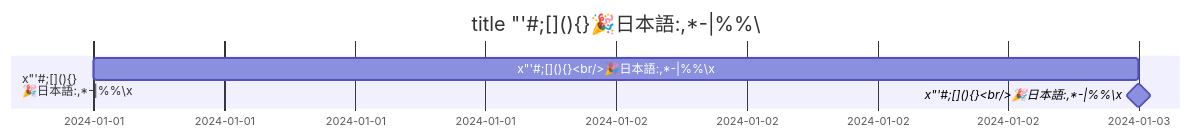
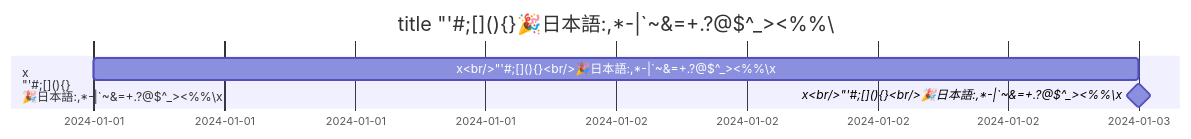
One commit to nao1215/markdown changed the diagram in doc/edgecase/gantt.md. Above: the diagram before and after it, drawn with Mermaid. The commit also changed 82 other files, not shown here.

Commit message:
fix(mermaid): escape the labels the extended probe set found unreadable (#187)

````diff
--- a/doc/edgecase/gantt.md
+++ b/doc/edgecase/gantt.md
@@ -5,8 +5,8 @@
 ```mermaid
 gantt
-    title title "'#;[](){}🎉日本語:,*-|%%\
+    title title "'#;[](){}🎉日本語:,*-|`~&=+.?@$^_>#60;%%\
     dateFormat YYYY-MM-DD
-    section x"'#;[](){}<br/>🎉日本語:,*-|%%\x
-    x"'#;[](){}<br/>🎉日本語#58;,*-|%%\x :2024-01-01, 2d
-    x"'#;[](){}<br/>🎉日本語#58;,*-|%%\x :milestone, milestone, 2024-01-03, 0d
+    section x<br/>"'#;[](){}<br/>🎉日本語:,*-|`~&=+.?@$^_><%%\x
+    x<br/>"'#;[](){}<br/>🎉日本語#58;,*-|`~&=+.?@$^_><%%\x :2024-01-01, 2d
+    x<br/>"'#;[](){}<br/>🎉日本語#58;,*-|`~&=+.?@$^_><%%\x :milestone, milestone, 2024-01-03, 0d
 ```
````
